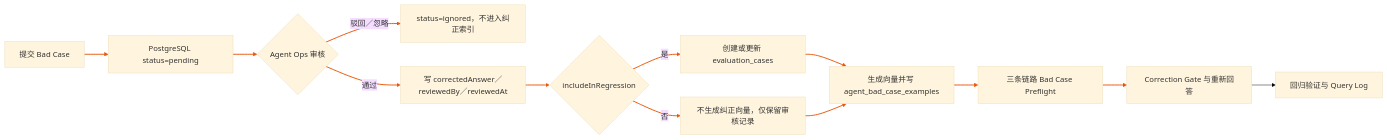
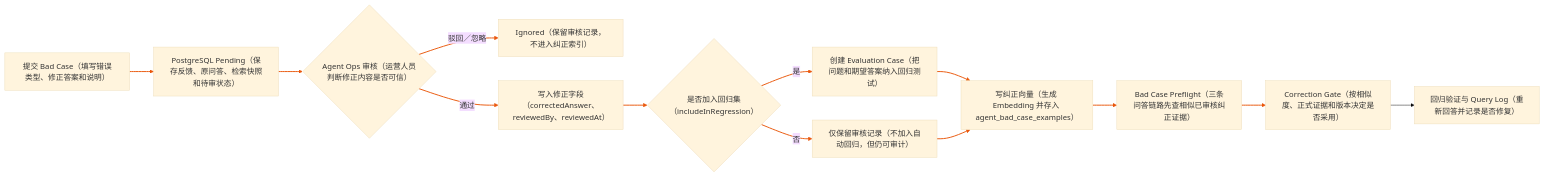
One commit to monstereatai/RAG changed diagram 14 of 37 in docs/interview/功能步骤流程.md. Above: the diagram before and after it, drawn with Mermaid (base theme). The commit also changed other lines of this file and 21 other files, not shown here.

````diff
--- a/docs/interview/功能步骤流程.md
+++ b/docs/interview/功能步骤流程.md
@@ -1404,16 +1675,16 @@
 ```mermaid
 flowchart LR
-A[提交 Bad Case] --> B[PostgreSQL status=pending]
-  B --> C{Agent Ops 审核}
-  C -->|驳回／忽略| D[status=ignored，不进入纠正索引]
-  C -->|通过| E[写 correctedAnswer／reviewedBy／reviewedAt]
-  E --> F{includeInRegression}
-  F -->|是| G[创建或更新 evaluation_cases]
-  F -->|否| H[不生成纠正向量，仅保留审核记录]
-  G --> I[生成向量并写 agent_bad_case_examples]
+ A[提交 Bad Case（填写错误类型、修正答案和说明）] --> B[PostgreSQL Pending（保存反馈、原问答、检索快照和待审状态）]
+  B --> C{Agent Ops 审核（运营人员判断修正内容是否可信）}
+  C -->|驳回／忽略| D[Ignored（保留审核记录，不进入纠正索引）]
+  C -->|通过| E[写入修正字段（correctedAnswer、reviewedBy、reviewedAt）]
+  E --> F{是否加入回归集（includeInRegression）}
+  F -->|是| G[创建 Evaluation Case（把问题和期望答案纳入回归测试）]
+  F -->|否| H[仅保留审核记录（不加入自动回归，但仍可审计）]
+  G --> I[写纠正向量（生成 Embedding 并存入 agent_bad_case_examples）]
   H --> I
-  I --> J[三条链路 Bad Case Preflight]
-  J --> K[Correction Gate 与重新回答]
-  K --> L[回归验证与 Query Log]
+  I --> J[Bad Case Preflight（三条问答链路先查相似已审核纠正证据）]
+  J --> K[Correction Gate（按相似度、正式证据和版本决定是否采用）]
+  K --> L[回归验证与 Query Log（重新回答并记录是否修复）]
   linkStyle 0,1,2,3,4,5,6,7,8,9,10 stroke:#ea580c,stroke-width:2px
 ```
````
